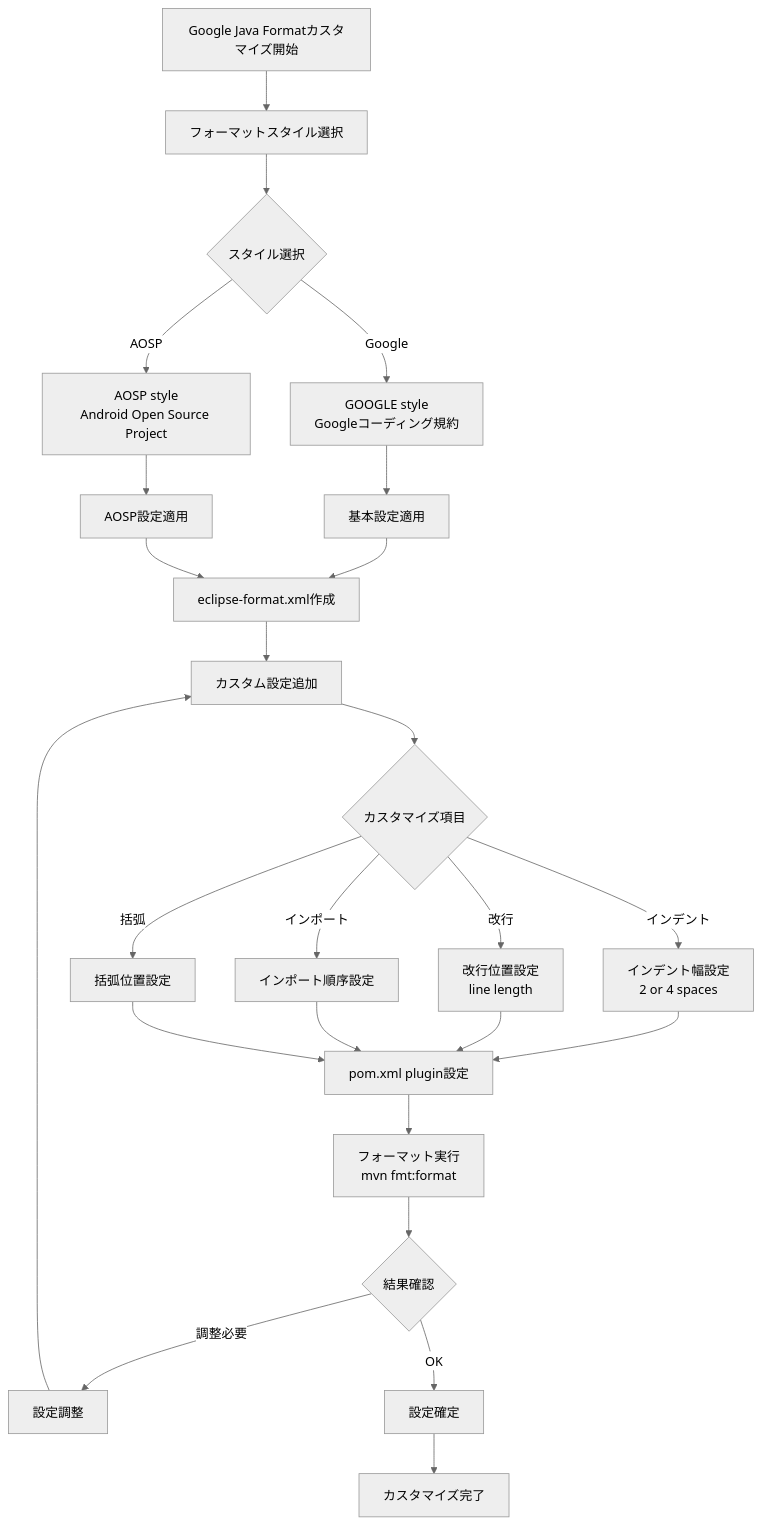
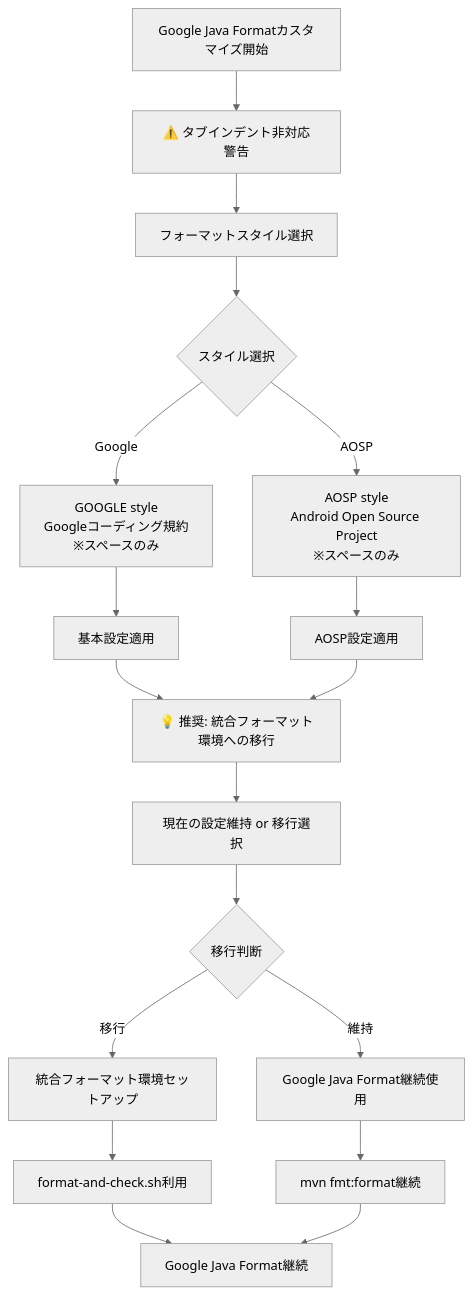
The seventh of 11 diagrams in scripts/STATIC_ANALYSIS_TOOLS_FEATURE_DIAGRAM.md (digital-ojt/development-webCourse-DroneInventorySystem), drawn with Mermaid (neutral theme) before and after one commit. The commit also changed other lines of this file and 67 other files, not shown here.

````diff
--- a/scripts/STATIC_ANALYSIS_TOOLS_FEATURE_DIAGRAM.md
+++ b/scripts/STATIC_ANALYSIS_TOOLS_FEATURE_DIAGRAM.md
@@ -253,38 +343,29 @@
 ```mermaid
 flowchart TD
     START[Google Java Formatカスタマイズ開始]
     
-    START --> A1[フォーマットスタイル選択]
+    START --> WARNING[⚠️ タブインデント非対応警告]
+    WARNING --> A1[フォーマットスタイル選択]
     A1 --> B1{スタイル選択}
     
-    B1 -->|Google| B2[GOOGLE style<br/>Googleコーディング規約]
-    B1 -->|AOSP| B3[AOSP style<br/>Android Open Source Project]
+    B1 -->|Google| B2[GOOGLE style<br/>Googleコーディング規約<br/>※スペースのみ]
+    B1 -->|AOSP| B3[AOSP style<br/>Android Open Source Project<br/>※スペースのみ]
     
     B2 --> C1[基本設定適用]
     B3 --> C2[AOSP設定適用]
     
-    C1 --> D1[eclipse-format.xml作成]
-    C2 --> D1
+    C1 --> RECOMMEND[💡 推奨: 統合フォーマット環境への移行]
+    C2 --> RECOMMEND
     
-    D1 --> E1[カスタム設定追加]
-    E1 --> F1{カスタマイズ項目}
+    RECOMMEND --> D1[現在の設定維持 or 移行選択]
+    D1 --> E1{移行判断}
     
-    F1 -->|インデント| F2[インデント幅設定<br/>2 or 4 spaces]
-    F1 -->|改行| F3[改行位置設定<br/>line length]
-    F1 -->|インポート| F4[インポート順序設定]
-    F1 -->|括弧| F5[括弧位置設定]
+    E1 -->|移行| F1[統合フォーマット環境セットアップ]
+    E1 -->|維持| G1[Google Java Format継続使用]
     
-    F2 --> G1[pom.xml plugin設定]
-    F3 --> G1
-    F4 --> G1
-    F5 --> G1
+    F1 --> F2[format-and-check.sh利用]
+    G1 --> G2[mvn fmt:format継続]
     
-    G1 --> H1[フォーマット実行<br/>mvn fmt:format]
-    H1 --> I1{結果確認}
-    
-    I1 -->|調整必要| J1[設定調整]
-    I1 -->|OK| K1[設定確定]
-    
-    J1 --> E1
-    K1 --> END[カスタマイズ完了]
+    F2 --> END[統合環境移行完了]
+    G2 --> END[Google Java Format継続]
 ```
````
